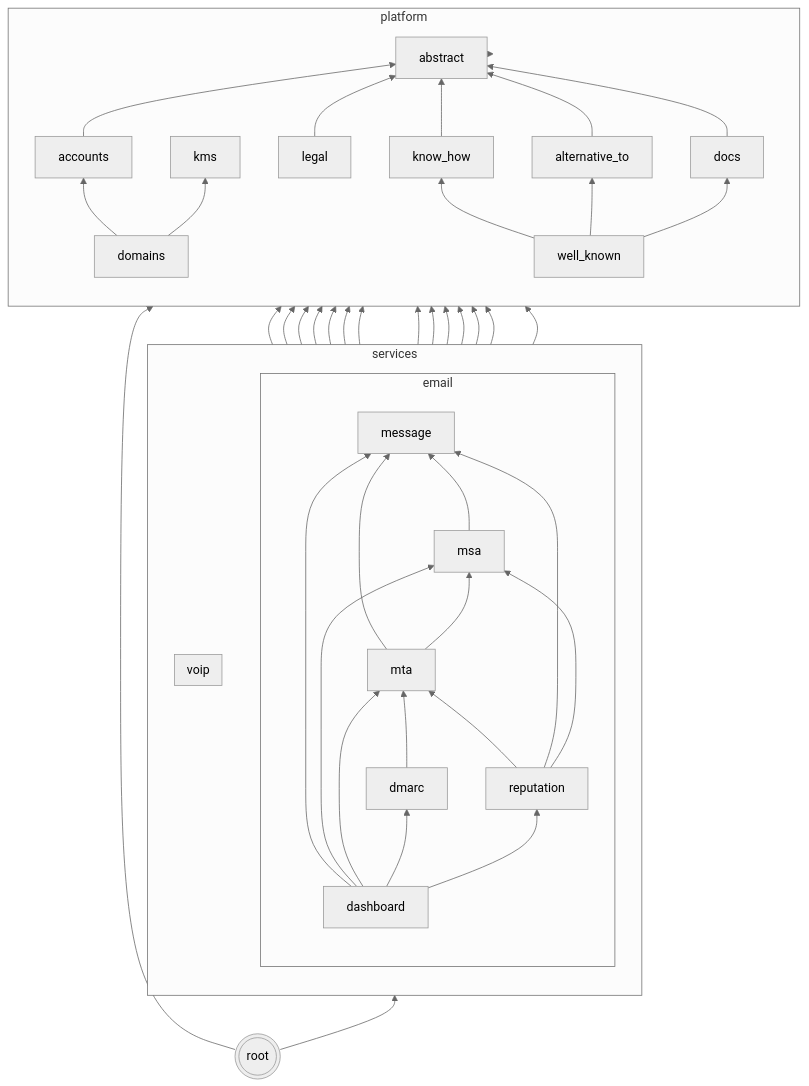
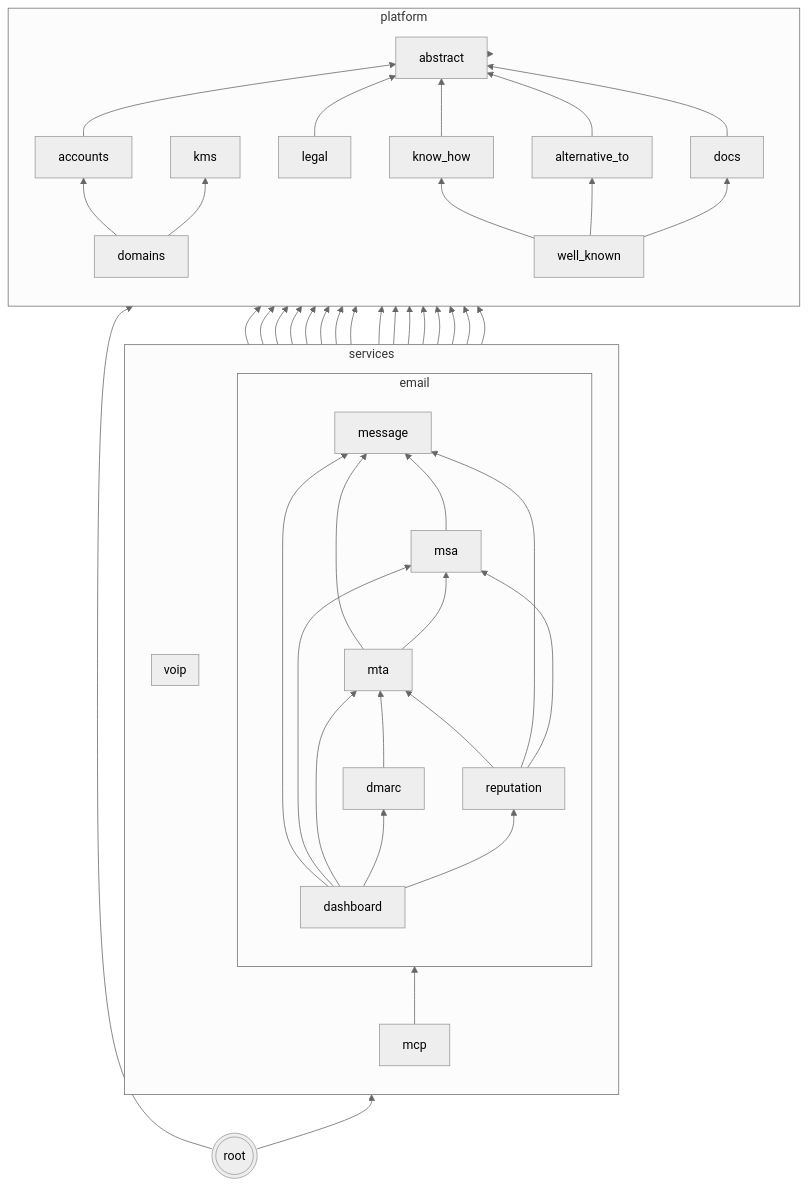
Before and after one commit to codingjoe/relay: the second of 2 diagrams in README.md, drawn with Mermaid (neutral theme). The commit also changed other lines of this file and 34 other files, not shown here.

````diff
--- a/README.md
+++ b/README.md
@@ -310,70 +317,74 @@
 ```mermaid
 graph BT
  abstract[abstract];
  kms[kms];
  subgraph platform
  direction BT
  accounts
  domains
  know_how[know_how]
  alternative_to[alternative_to]
  docs
  legal
  well_known[well_known]
  domains --> accounts
  accounts --> abstract
  domains --> kms
  legal --> abstract
  know_how --> abstract
  alternative_to --> abstract
  docs --> abstract
  well_known --> know_how
  well_known --> alternative_to
  well_known --> docs
  end
  subgraph services
  direction BT
  subgraph email
  direction BT
  dashboard[dashboard]
  message[message]
  msa
  mta
  dmarc
  reputation
  message --> accounts
  message --> domains
  message --> kms
  msa --> message
  msa --> accounts
  msa --> domains
  msa --> kms
  mta --> message
  mta --> msa
  mta --> accounts
  mta --> domains
  mta --> kms
  dmarc --> accounts
  dmarc --> domains
  dmarc --> mta
  reputation --> mta
  reputation --> message
  reputation --> domains
  reputation --> accounts
  reputation --> msa
  dashboard --> message
  dashboard --> msa
  dashboard --> mta
  dashboard --> dmarc
  dashboard --> reputation
  end
+ mcp
+ mcp --> abstract
+ mcp --> accounts
+ mcp --> message
  subgraph voip
  direction BT
  end
  end
  services --> platform;
  platform --> abstract;
  root --> services;
  root --> platform;
  root(((root)))
 ```
````
